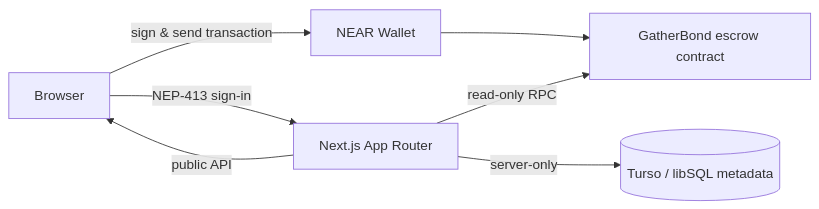
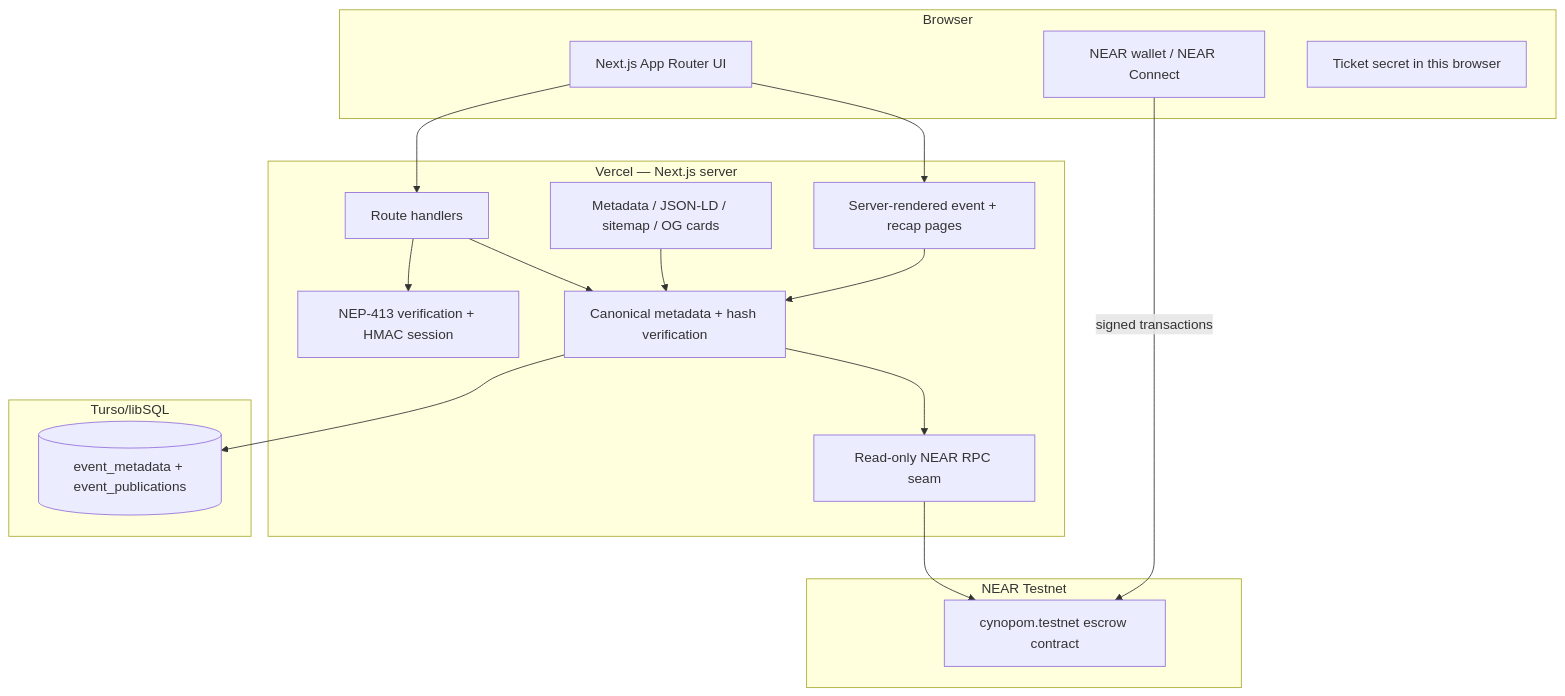
One commit to auntor69/gatherbond-near-hackathon-2026 changed the second of 2 diagrams in README.md. Above: the diagram before and after it, drawn with Mermaid. The commit also changed other lines of this file and 35 other files, not shown here.

````diff
--- a/README.md
+++ b/README.md
@@ -55,9 +122,36 @@
 ```mermaid
-flowchart LR
-  B[Browser] -->|NEP-413 sign-in| A[Next.js App Router]
-  B -->|sign & send transaction| W[NEAR Wallet]
-  W --> C[GatherBond escrow contract]
-  A -->|read-only RPC| C
-  A -->|server-only| D[(Turso / libSQL metadata)]
-  A -->|public API| B
+flowchart TB
+  subgraph Browser
+    UI[Next.js App Router UI]
+    W[NEAR wallet / NEAR Connect]
+    T[Ticket secret in this browser]
+  end
+
+  subgraph Vercel["Vercel — Next.js server"]
+    SSR[Server-rendered event + recap pages]
+    API[Route handlers]
+    AUTH[NEP-413 verification + HMAC session]
+    META[Canonical metadata + hash verification]
+    RPC[Read-only NEAR RPC seam]
+    SEO[Metadata / JSON-LD / sitemap / OG cards]
+  end
+
+  subgraph NEAR["NEAR Testnet"]
+    C[cynopom.testnet escrow contract]
+  end
+
+  subgraph DB["Turso/libSQL"]
+    M[(event_metadata + event_publications)]
+  end
+
+  UI --> SSR
+  UI --> API
+  W -->|signed transactions| C
+  SSR --> META
+  SEO --> META
+  API --> AUTH
+  API --> META
+  META --> M
+  META --> RPC
+  RPC --> C
 ```
````
